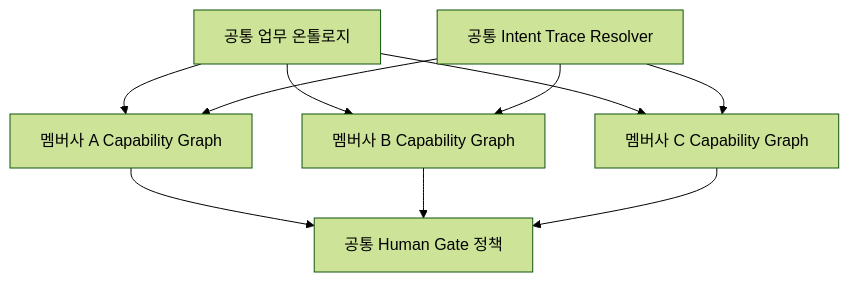
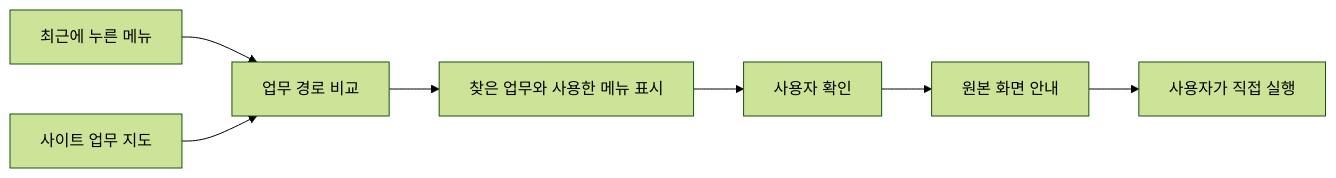
One commit to stpcoder/nohow changed the diagram in docs/ARCHITECTURE.md. Above: the diagram before and after it, drawn with Mermaid (forest theme). The commit also changed other lines of this file and 30 other files, not shown here.

````diff
--- a/docs/ARCHITECTURE.md
+++ b/docs/ARCHITECTURE.md
@@ -73,13 +7,9 @@
 ```mermaid
-flowchart TB
-    O["공통 업무 온톨로지"]
-    O --> A["멤버사 A Capability Graph"]
-    O --> B["멤버사 B Capability Graph"]
-    O --> C["멤버사 C Capability Graph"]
-    T["공통 Intent Trace Resolver"] --> A
-    T --> B
-    T --> C
-    A --> H["공통 Human Gate 정책"]
-    B --> H
-    C --> H
+flowchart LR
+    A["최근에 누른 메뉴"] --> C["업무 경로 비교"]
+    B["사이트 업무 지도"] --> C
+    C --> D["찾은 업무와 사용한 메뉴 표시"]
+    D --> E["사용자 확인"]
+    E --> F["원본 화면 안내"]
+    F --> G["사용자가 직접 실행"]
 ```
````
